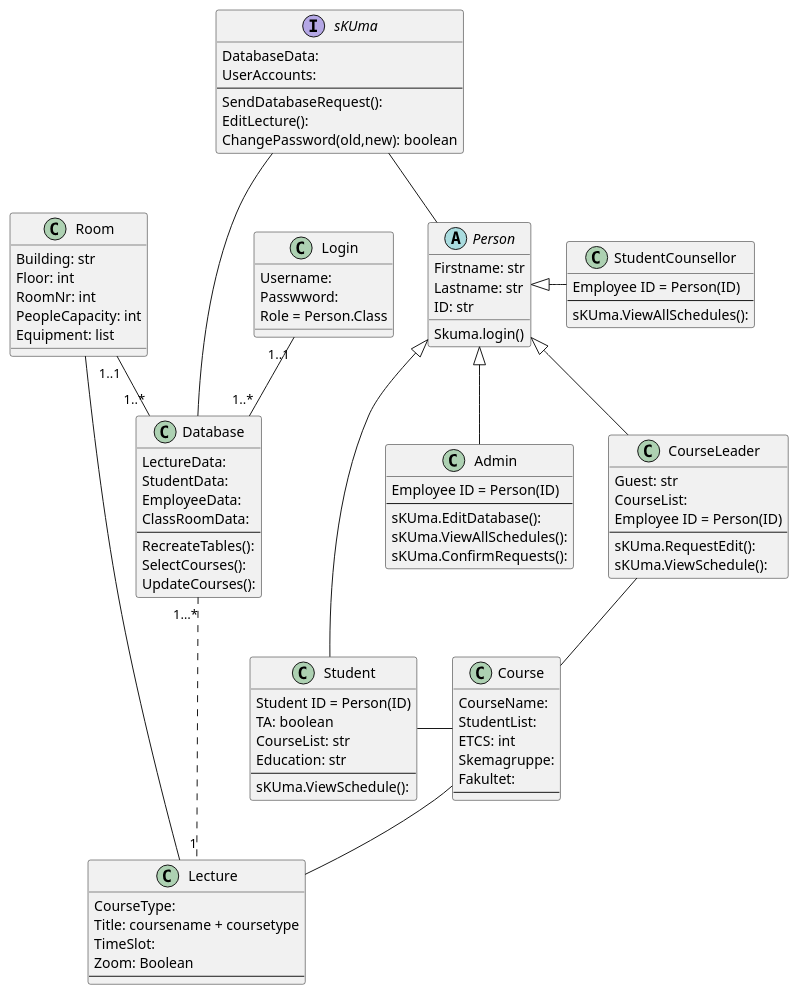
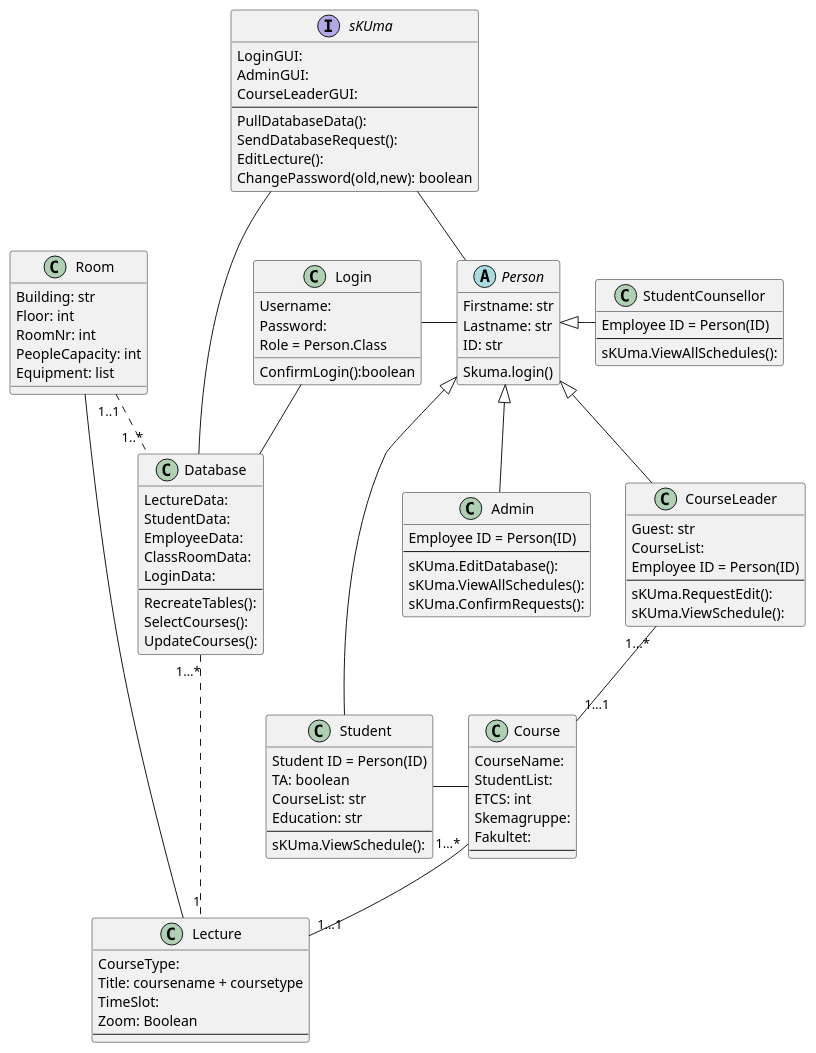
The diagram in Diagrams/UML/class_diagram.puml (Samuelyos/iteration-3), drawn with PlantUML before and after one commit. The commit also changed 2 other files, not shown here.

```diff
--- a/Diagrams/UML/class_diagram.puml
+++ b/Diagrams/UML/class_diagram.puml
@@ -1,108 +1,114 @@
 @startuml
 
 interface sKUma{
-    DatabaseData:
-    UserAccounts:
+    LoginGUI:
+    AdminGUI:
+    CourseLeaderGUI:
     --
+    PullDatabaseData():
     SendDatabaseRequest():
     EditLecture():
     ChangePassword(old,new): boolean
 }
 
 class Student{
     Student ID = Person(ID)
     TA: boolean
     CourseList: str
     Education: str
     --
     sKUma.ViewSchedule():
     }
 
 abstract class Person{
 Firstname: str
 Lastname: str
 ID: str
 __
 Skuma.login()
 }
 
 class Admin{
     Employee ID = Person(ID)
     --
     sKUma.EditDatabase():
     sKUma.ViewAllSchedules():
     sKUma.ConfirmRequests():
 }
 
 class StudentCounsellor{
     Employee ID = Person(ID)
     --
     sKUma.ViewAllSchedules():
 }
 
 
 class Lecture {
     CourseType:
     Title: coursename + coursetype
     TimeSlot:
     Zoom: Boolean
     --
     }
 
 class Course {
    CourseName:
    StudentList:
    ETCS: int
    Skemagruppe:
    Fakultet:
    --
    }
 
 class CourseLeader{
     Guest: str
     CourseList:
     Employee ID = Person(ID)
     --
     sKUma.RequestEdit():
     sKUma.ViewSchedule():
 }
 
 class Database{
     LectureData:
     StudentData:
     EmployeeData:
     ClassRoomData:
+    LoginData:
     --
     RecreateTables():
     SelectCourses():
     UpdateCourses():
     }
 
 class Room{
 Building: str
 Floor: int
 RoomNr: int
 PeopleCapacity: int
 Equipment: list
 }
 
 class Login{
 Username:
-Passwword:
+Password:
 Role = Person.Class
+__
+ConfirmLogin():boolean
 }
 
-Room  "1..1" -- "1..*" Database
-CourseLeader -- Course
-Course -- Lecture
+Room  "1..1" .. "1..*" Database
+CourseLeader "1…*" -- "1…1" Course
+Course "1…*" -- "1…1" Lecture
 Room - Lecture
 sKUma -- Database
 sKUma -- Person
 Database "1…*" ... "1" Lecture
 Student - Course
 Person <|-- Admin
 Person <|-- CourseLeader
 Person <|-- Student
 Person <|- StudentCounsellor
-Login "1..1" -- "1..*" Database
+Login -- Database
+Login - Person
 @enduml
```
